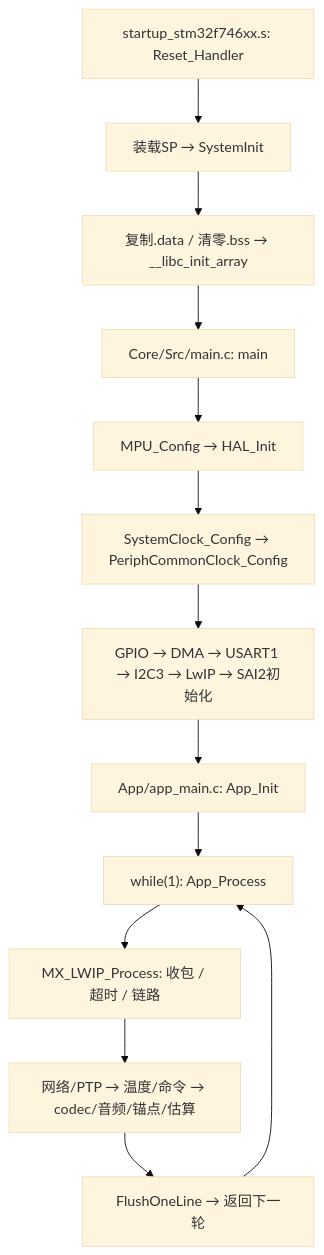
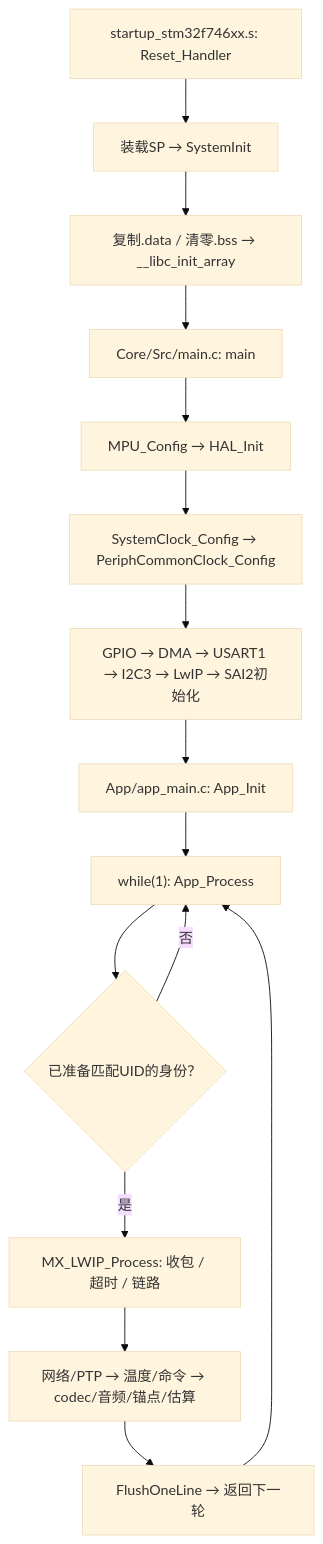
One commit to jxq1231/SBCG changed the first of 2 diagrams in Docs/System_Architecture.md. Above: the diagram before and after it, drawn with Mermaid (base theme). The commit also changed other lines of this file and 31 other files, not shown here.

````diff
--- a/Docs/System_Architecture.md
+++ b/Docs/System_Architecture.md
@@ -64,15 +64,17 @@
 ```mermaid
 flowchart TD
     R["startup_stm32f746xx.s: Reset_Handler"] --> S["装载SP → SystemInit"]
     S --> C["复制.data / 清零.bss → __libc_init_array"]
     C --> M["Core/Src/main.c: main"]
     M --> P["MPU_Config → HAL_Init"]
     P --> K["SystemClock_Config → PeriphCommonClock_Config"]
     K --> H["GPIO → DMA → USART1 → I2C3 → LwIP → SAI2初始化"]
     H --> A["App/app_main.c: App_Init"]
     A --> L["while(1): App_Process"]
-    L --> N["MX_LWIP_Process: 收包 / 超时 / 链路"]
+    L --> G{"已准备匹配UID的身份？"}
+    G -->|否| L
+    G -->|是| N["MX_LWIP_Process: 收包 / 超时 / 链路"]
     N --> B["网络/PTP → 温度/命令 → codec/音频/锚点/估算"]
     B --> F["FlushOneLine → 返回下一轮"]
     F --> L
 ```
````
